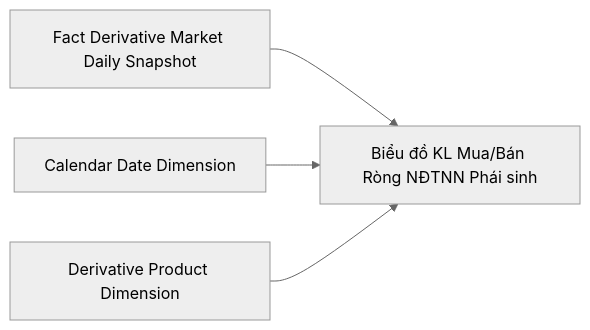
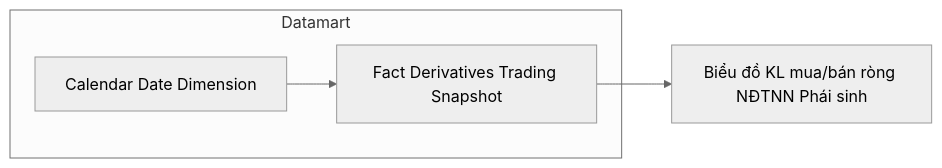
Before and after one commit to linhlvit/ubck_atomic_design: diagram 15 of 22 in Datamart/hld/DTM_VP_HLD.md, drawn with Mermaid (neutral theme). The commit also changed other lines of this file and 14 other files, not shown here.

````diff
--- a/Datamart/hld/DTM_VP_HLD.md
+++ b/Datamart/hld/DTM_VP_HLD.md
@@ -702,10 +590,9 @@
 ```mermaid
 flowchart LR
-    F2[Fact Derivative Market Daily Snapshot]
-    D2[Calendar Date Dimension]
-    D4[Derivative Product Dimension]
-    R3[Biểu đồ KL Mua/Bán Ròng NĐTNN Phái sinh]
-    F2 --> R3
-    D2 --> R3
-    D4 --> R3
+    subgraph GOLD["Datamart"]
+        fct_derv_tdg_snpst["Fact Derivatives Trading Snapshot"]
+        cdr_dt_dim["Calendar Date Dimension"]
+    end
+    cdr_dt_dim --> fct_derv_tdg_snpst
+    fct_derv_tdg_snpst --> RPT6["Biểu đồ KL mua/bán ròng NĐTNN Phái sinh"]
 ```
````
